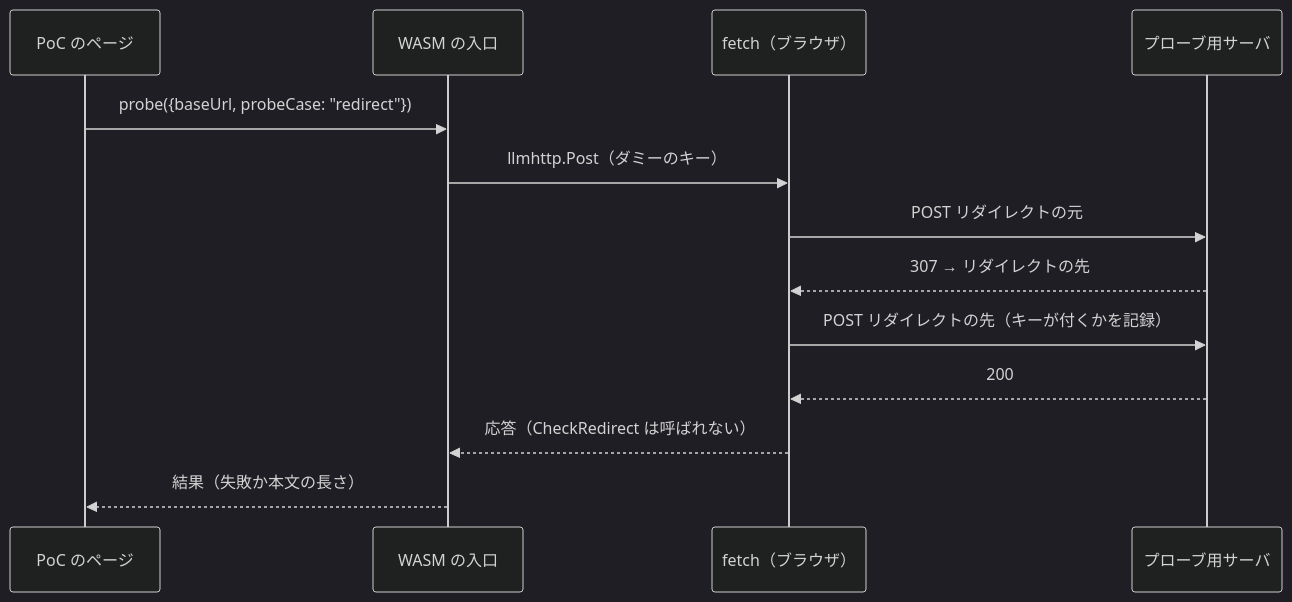
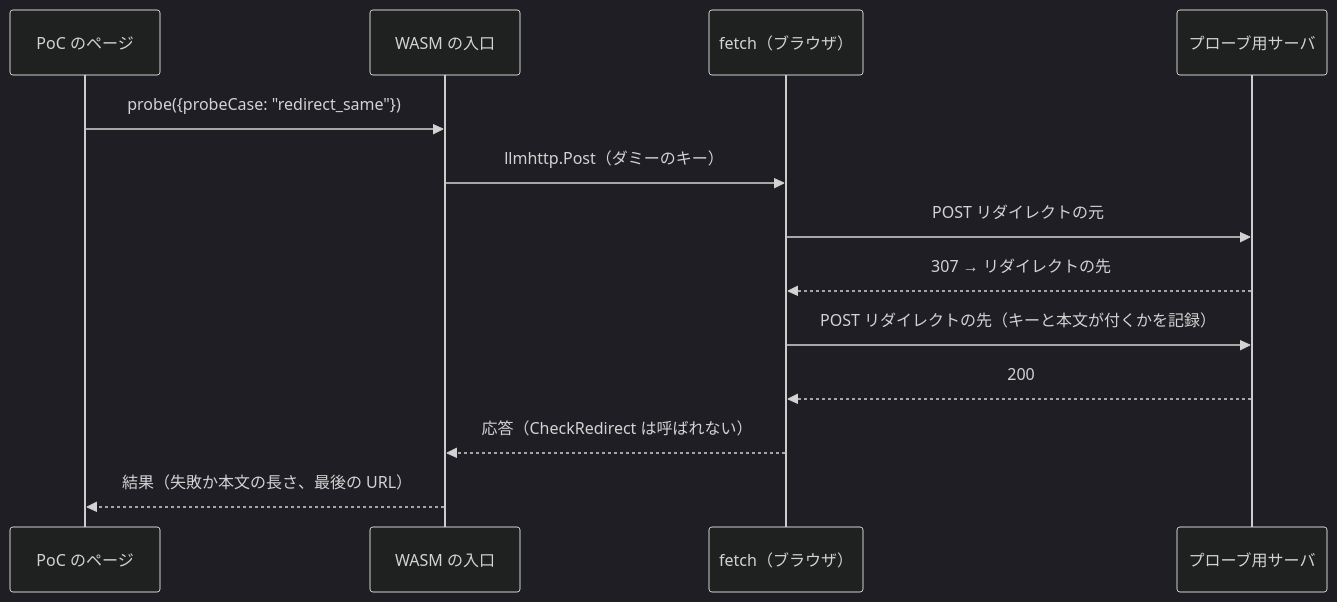
The eighth of 8 diagrams in docs/tasks/0084_wasm_pipeline_poc/02_architecture.md (isseis/yt2column), drawn with Mermaid (dark theme) before and after one commit. The commit also changed other lines of this file and 2 other files, not shown here.

First line of the commit message:
docs(0084): address the architecture review and the Japanese prose pass

````diff
--- a/docs/tasks/0084_wasm_pipeline_poc/02_architecture.md
+++ b/docs/tasks/0084_wasm_pipeline_poc/02_architecture.md
@@ -588,16 +767,16 @@
 ```mermaid
 sequenceDiagram
     participant P as PoC のページ
     participant W as WASM の入口
     participant F as fetch（ブラウザ）
     participant S as プローブ用サーバ
 
-    P->>W: probe({baseUrl, probeCase: "redirect"})
+    P->>W: probe({probeCase: "redirect_same"})
     W->>F: llmhttp.Post（ダミーのキー）
     F->>S: POST リダイレクトの元
     S-->>F: 307 → リダイレクトの先
-    F->>S: POST リダイレクトの先（キーが付くかを記録）
+    F->>S: POST リダイレクトの先（キーと本文が付くかを記録）
     S-->>F: 200
     F-->>W: 応答（CheckRedirect は呼ばれない）
-    W-->>P: 結果（失敗か本文の長さ）
+    W-->>P: 結果（失敗か本文の長さ、最後の URL）
 ```
````
